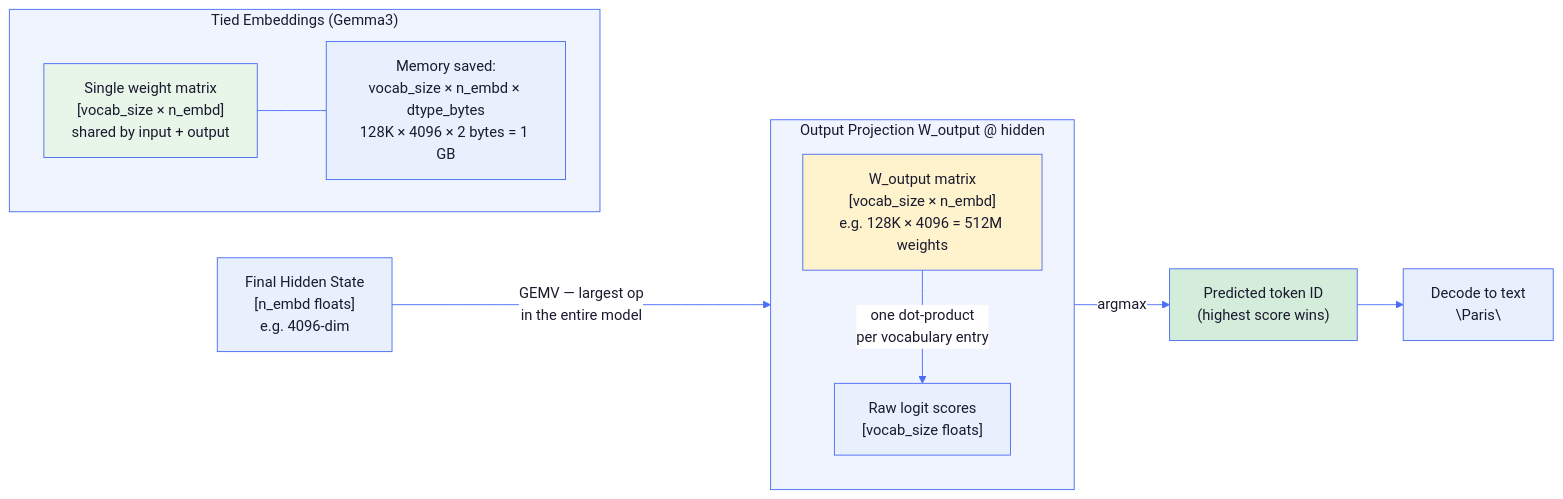
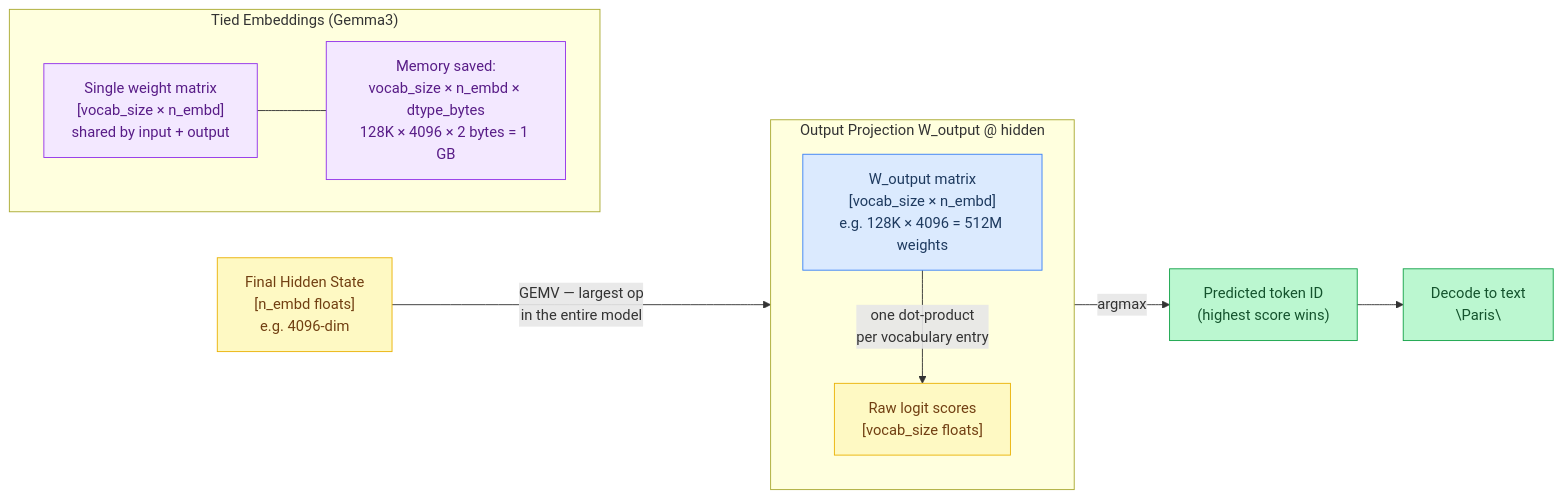
Before and after one commit to maci0/agave: the sixth of 7 diagrams in docs/tutorial/01-tokens-and-text.md, drawn with Mermaid. The commit also changed other lines of this file and 24 other files, not shown here.

First line of the commit message:
docs: convert all mermaid diagrams to classDef semantic colors

````diff
--- a/docs/tutorial/01-tokens-and-text.md
+++ b/docs/tutorial/01-tokens-and-text.md
@@ -257,38 +246,32 @@
 ```mermaid
-%%{init: {'theme': 'base', 'themeVariables': {
-  'primaryColor': '#e8f0fe',
-  'primaryTextColor': '#1a1a2e',
-  'primaryBorderColor': '#4a6cf7',
-  'lineColor': '#4a6cf7',
-  'secondaryColor': '#f0f4ff',
-  'tertiaryColor': '#f8f9ff',
-  'edgeLabelBackground': '#ffffff',
-  'clusterBkg': '#f0f4ff',
-  'clusterBorder': '#4a6cf7',
-  'titleColor': '#1a1a2e',
-  'nodeTextColor': '#1a1a2e',
-  'fontFamily': 'ui-monospace, SFMono-Regular, monospace'
-}}}%%
 flowchart LR
-    Hidden["Final Hidden State\n[n_embd floats]\ne.g. 4096-dim"] -->|"GEMV — largest op\nin the entire model"| Proj
+    classDef setup     fill:#dbeafe,stroke:#3b82f6,color:#1e3a5f
+    classDef sync      fill:#dcfce7,stroke:#22c55e,color:#14532d
+    classDef migration fill:#fef9c3,stroke:#eab308,color:#713f12
+    classDef success   fill:#bbf7d0,stroke:#16a34a,color:#14532d
+    classDef danger    fill:#fee2e2,stroke:#ef4444,color:#7f1d1d
+    classDef optional  fill:#f3e8ff,stroke:#9333ea,color:#581c87
+
+    Hidden["Final Hidden State\n[n_embd floats]\ne.g. 4096-dim"]:::migration
+    Raw["Raw logit scores\n[vocab_size floats]"]:::migration
+    Best["Predicted token ID\n(highest score wins)"]:::success
+    Decode["Decode to text\n\"Paris\""]:::success
+
+    Hidden -->|"GEMV — largest op\nin the entire model"| Proj
 
     subgraph Proj["Output Projection  W_output @ hidden"]
         direction TB
-        Wout["W_output matrix\n[vocab_size × n_embd]\ne.g. 128K × 4096 = 512M weights"]
-        Wout -->|"one dot-product\nper vocabulary entry"| Raw["Raw logit scores\n[vocab_size floats]"]
+        Wout["W_output matrix\n[vocab_size × n_embd]\ne.g. 128K × 4096 = 512M weights"]:::setup
+        Wout -->|"one dot-product\nper vocabulary entry"| Raw
     end
 
-    Raw -->|"argmax"| Best["Predicted token ID\n(highest score wins)"]
-    Best --> Decode["Decode to text\n\"Paris\""]
+    Raw -->|"argmax"| Best
+    Best --> Decode
 
     subgraph TiedEmbed["Tied Embeddings (Gemma3)"]
         direction LR
-        Shared["Single weight matrix\n[vocab_size × n_embd]\nshared by input + output"]
-        Saving["Memory saved:\nvocab_size × n_embd × dtype_bytes\n128K × 4096 × 2 bytes = 1 GB"]
+        Shared["Single weight matrix\n[vocab_size × n_embd]\nshared by input + output"]:::optional
+        Saving["Memory saved:\nvocab_size × n_embd × dtype_bytes\n128K × 4096 × 2 bytes = 1 GB"]:::optional
         Shared --- Saving
     end
-
-    style Wout fill:#fff3cd
-    style Best fill:#d4edda
-    style Shared fill:#e8f5e9
 ```
````
